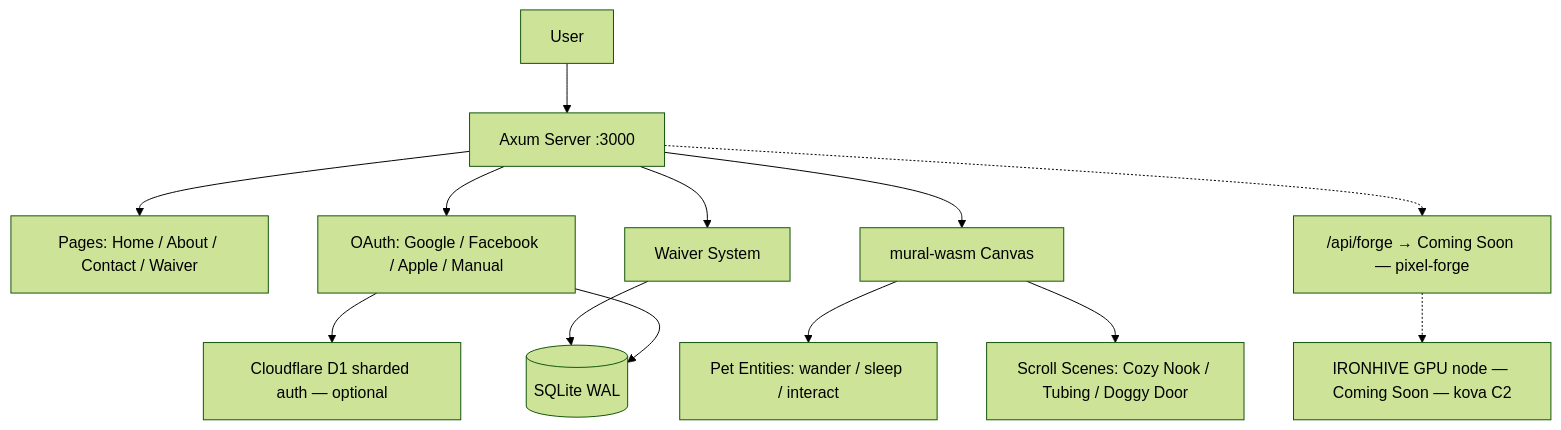
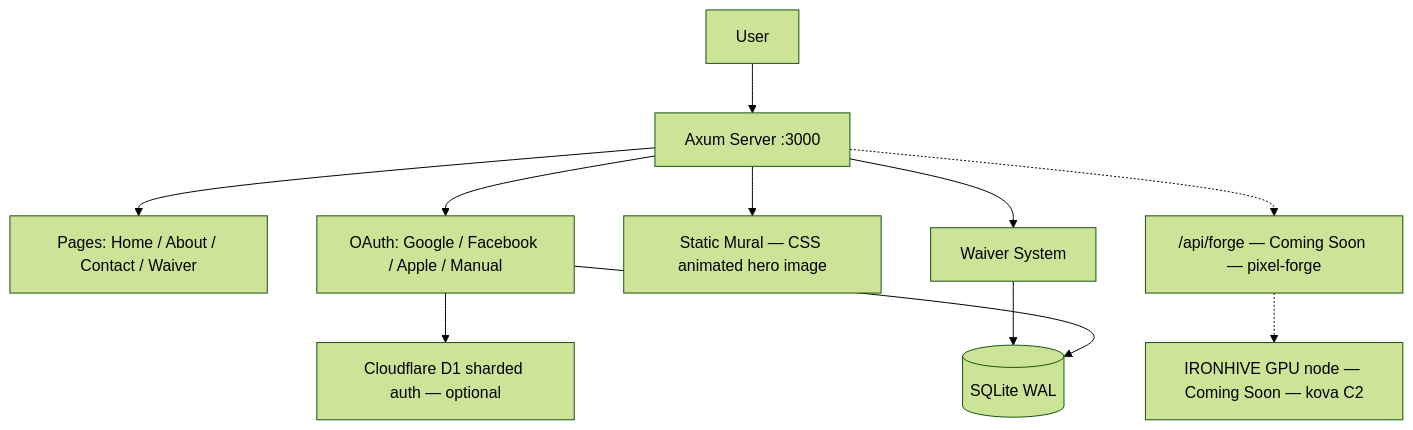
Before and after one commit to cochranblock/oakilydokily: the diagram in README.md, drawn with Mermaid (forest theme). The commit also changed 12 other files, not shown here.

````diff
--- a/README.md
+++ b/README.md
@@ -26,15 +26,13 @@
 ```mermaid
 flowchart TD
     User[User] --> Axum[Axum Server :3000]
     Axum --> Pages[Pages: Home / About / Contact / Waiver]
     Axum --> Auth[OAuth: Google / Facebook / Apple / Manual]
-    Axum --> WASM[mural-wasm Canvas]
-    WASM --> Pets[Pet Entities: wander / sleep / interact]
-    WASM --> Scenes[Scroll Scenes: Cozy Nook / Tubing / Doggy Door]
-    Axum -.-> Forge["/api/forge → Coming Soon — pixel-forge"]
+    Axum --> Mural[Static Mural — CSS animated hero image]
+    Axum -.-> Forge["/api/forge — Coming Soon — pixel-forge"]
     Forge -.-> GPU["IRONHIVE GPU node — Coming Soon — kova C2"]
     Axum --> Waiver[Waiver System]
     Waiver --> SQLite[(SQLite WAL)]
     Auth --> D1[Cloudflare D1 sharded auth — optional]
     Auth --> SQLite
 ```
````
